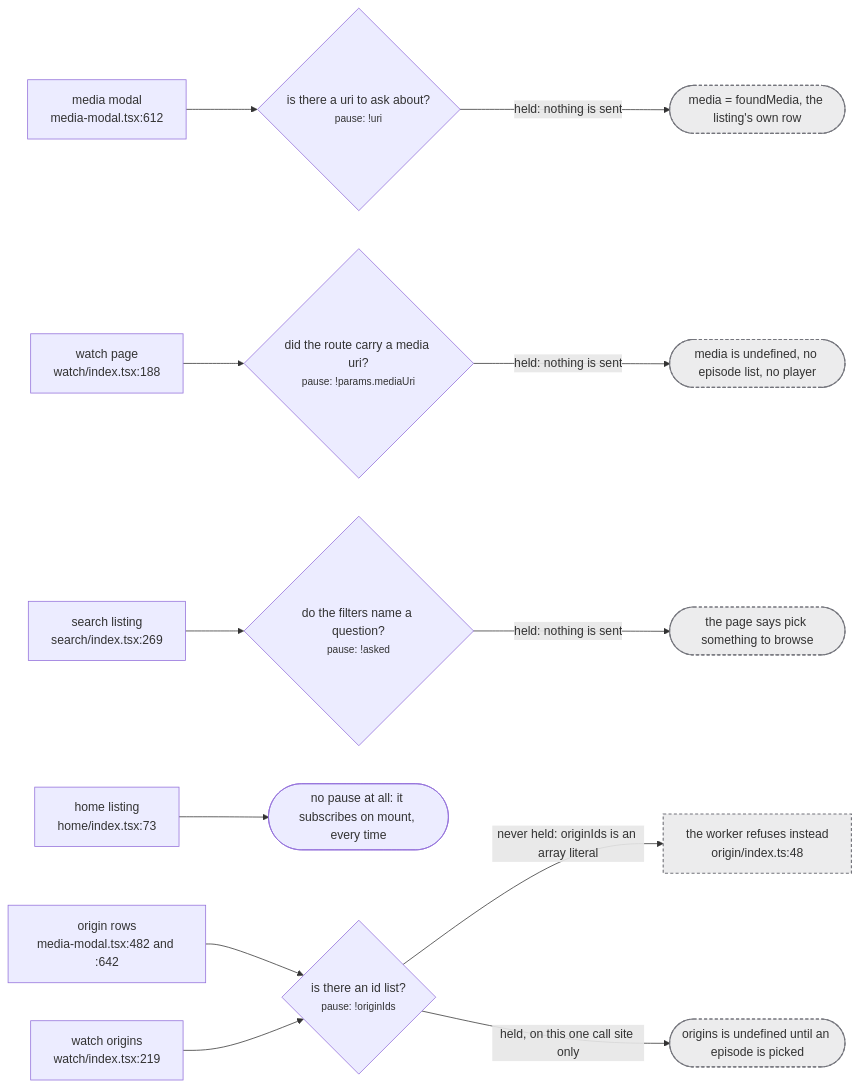
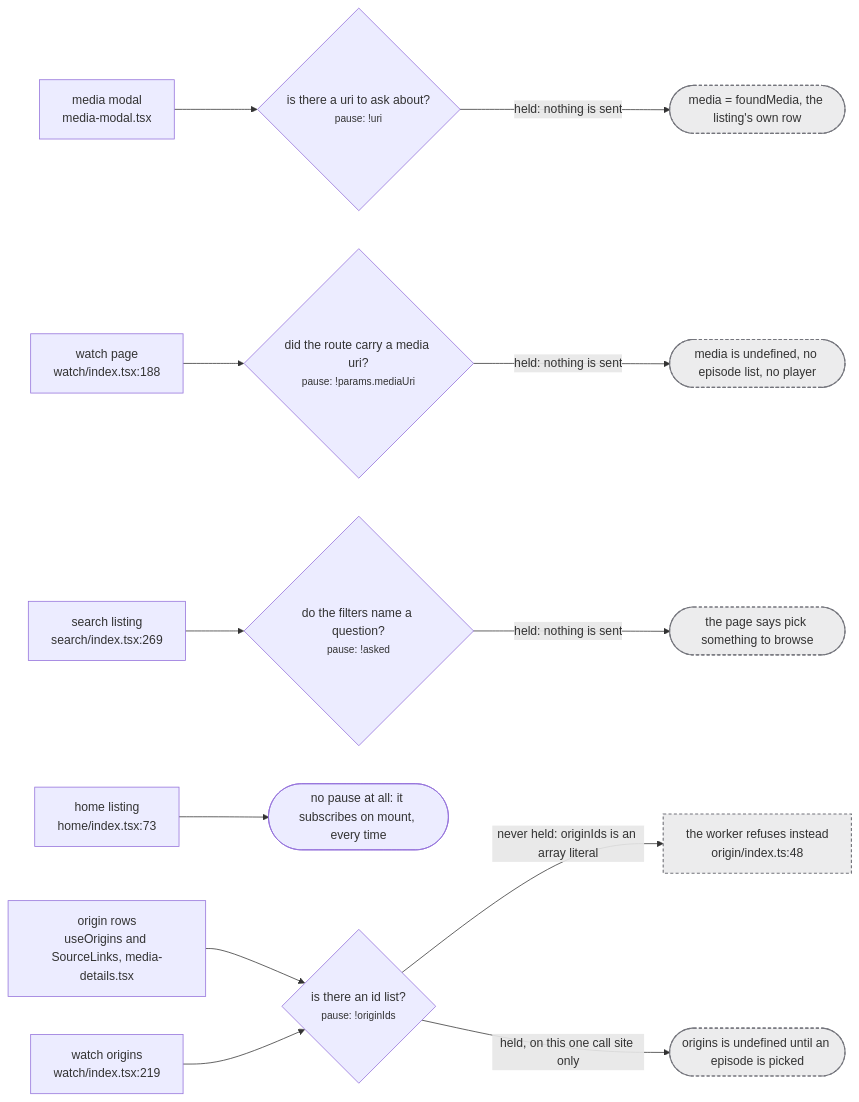
The third of 4 diagrams in docs/src/content/docs/request/page-to-worker.md (banou26/stub), drawn with Mermaid before and after one commit. The commit also changed other lines of this file and 67 other files, not shown here.

````diff
--- a/docs/src/content/docs/request/page-to-worker.md
+++ b/docs/src/content/docs/request/page-to-worker.md
@@ -216,19 +216,19 @@
 ```mermaid
 flowchart LR
-  M["media modal<br/>media-modal.tsx:612"] --> MD{"is there a uri to ask about?<br/><small>pause: !uri</small>"}
+  M["media modal<br/>media-modal.tsx"] --> MD{"is there a uri to ask about?<br/><small>pause: !uri</small>"}
   MD -->|"held: nothing is sent"| MR(["media = foundMedia, the listing's own row"])
   W["watch page<br/>watch/index.tsx:188"] --> WD{"did the route carry a media uri?<br/><small>pause: !params.mediaUri</small>"}
   WD -->|"held: nothing is sent"| WR(["media is undefined, no episode list, no player"])
   S["search listing<br/>search/index.tsx:269"] --> SD{"do the filters name a question?<br/><small>pause: !asked</small>"}
   SD -->|"held: nothing is sent"| SR(["the page says pick something to browse"])
   H["home listing<br/>home/index.tsx:73"] --> HN(["no pause at all: it subscribes on mount, every time"])
-  O["origin rows<br/>media-modal.tsx:482 and :642"] --> OD{"is there an id list?<br/><small>pause: !originIds</small>"}
+  O["origin rows<br/>useOrigins and SourceLinks, media-details.tsx"] --> OD{"is there an id list?<br/><small>pause: !originIds</small>"}
   OD -->|"never held: originIds is an array literal"| OW["the worker refuses instead<br/>origin/index.ts:48"]
   V["watch origins<br/>watch/index.tsx:219"] --> OD
   OD -->|"held, on this one call site only"| OR(["origins is undefined until an episode is picked"])
   classDef irrev fill:#e0796f22,stroke:#c9564a,stroke-width:1.5px
   classDef ratchet fill:#f2b45c22,stroke:#b8801f,stroke-width:1.5px
   classDef view fill:#6b95cd22,stroke:#4572b5,stroke-width:1.5px
   classDef refuse fill:#74757c22,stroke:#74757c,stroke-width:1.5px,stroke-dasharray:4 3
   class MR,WR,SR,OR,OW refuse
 ```
````
